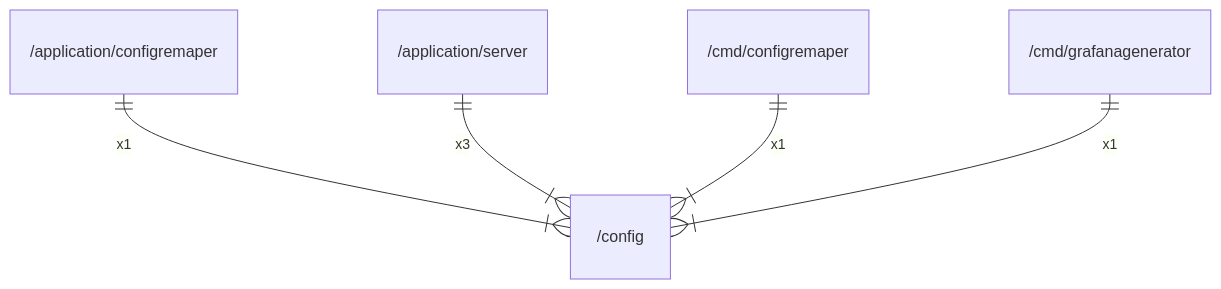
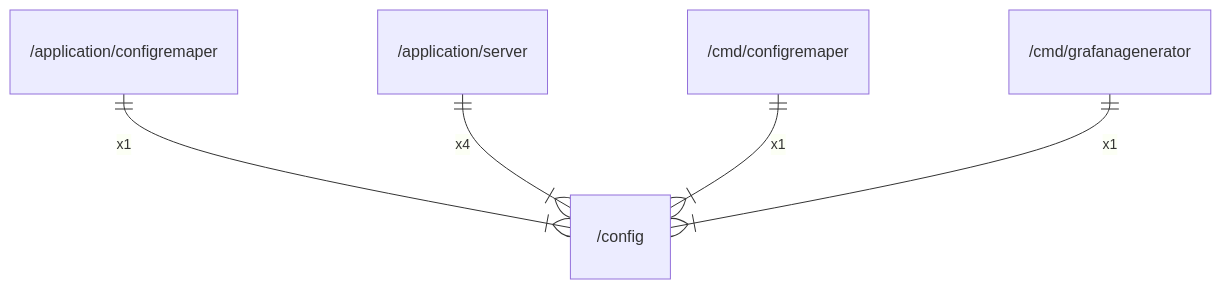
The diagram in docs/arch/config.md (gbh007/hgraber-next), drawn with Mermaid before and after one commit. The commit also changed 52 other files, not shown here.

````diff
--- a/docs/arch/config.md
+++ b/docs/arch/config.md
@@ -32,7 +32,7 @@
 ```mermaid
 erDiagram
     "/application/configremaper" ||--|{ "/config" : x1
-    "/application/server" ||--|{ "/config" : x3
+    "/application/server" ||--|{ "/config" : x4
     "/cmd/configremaper" ||--|{ "/config" : x1
     "/cmd/grafanagenerator" ||--|{ "/config" : x1
 ```
````
